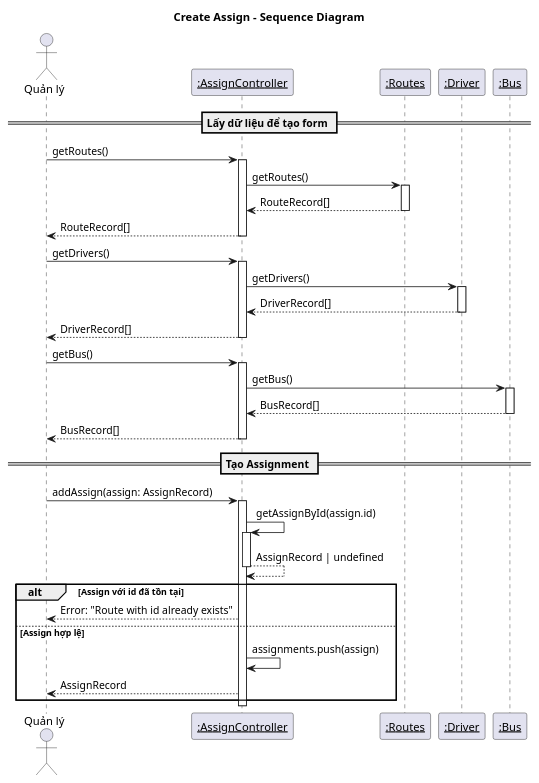
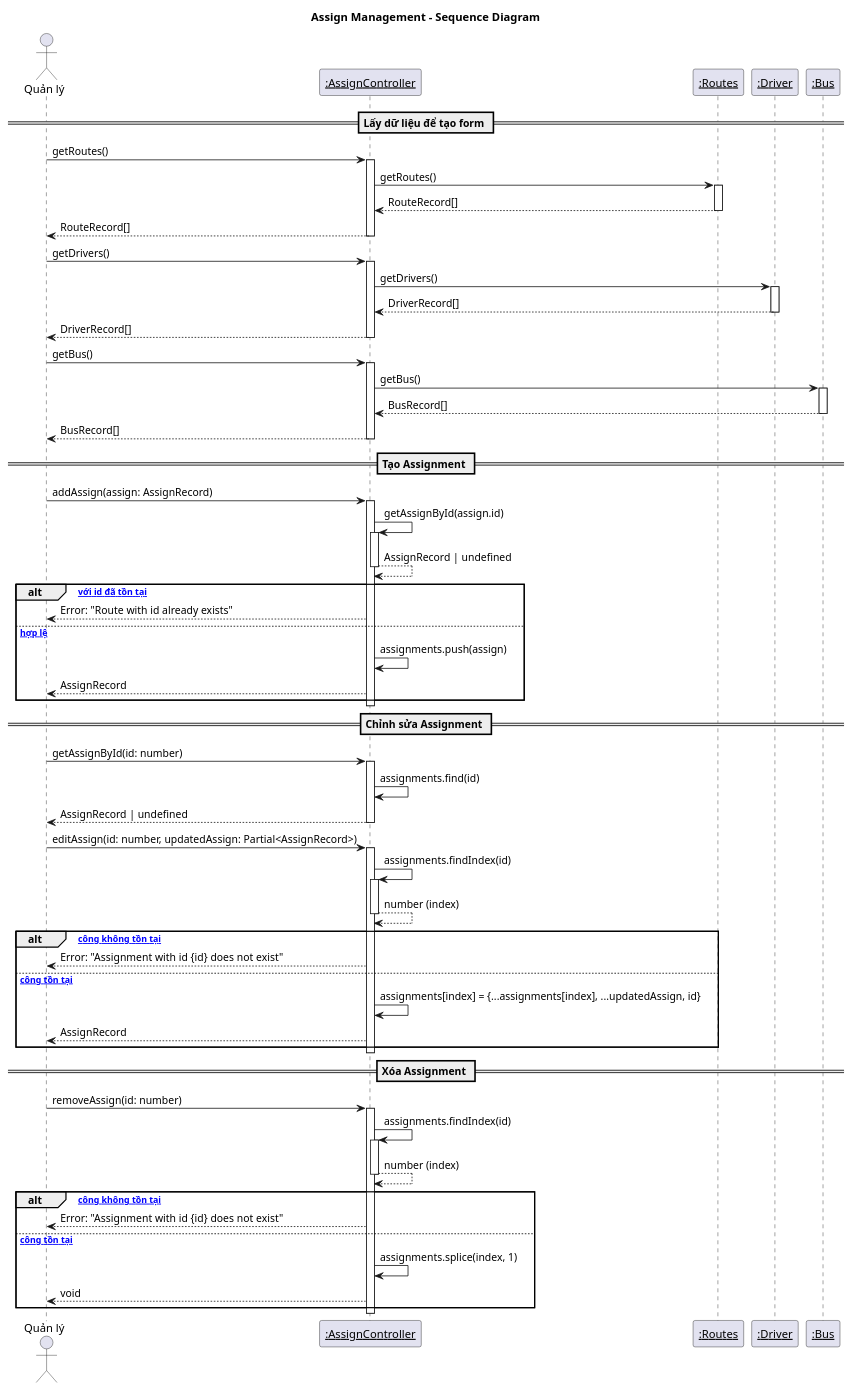
Before and after one commit to Bancie/UltraBus: the diagram in Docs/ModuleDesign/QuanLyPhanCong/Sequence_QuanLyPhanCong.puml, drawn with PlantUML. The commit also changed 10 other files, not shown here.

First line of the commit message:
Refactor assignment management diagrams and structure

```diff
--- a/Docs/ModuleDesign/QuanLyPhanCong/Sequence_QuanLyPhanCong.puml
+++ b/Docs/ModuleDesign/QuanLyPhanCong/Sequence_QuanLyPhanCong.puml
@@ -1,54 +1,92 @@
 @startuml
-title Create Assign - Sequence Diagram
+title Assign Management - Sequence Diagram
 
 actor "Quản lý" as ql
 participant "~~:AssignController~~" as co
 participant "~~:Routes~~" as ro
 participant "~~:Driver~~" as dr
 participant "~~:Bus~~" as bu
 
 == Lấy dữ liệu để tạo form ==
 ql -> co : getRoutes()
 activate co
 co -> ro : getRoutes()
 activate ro
 ro --> co : RouteRecord[]
 deactivate ro
 co --> ql : RouteRecord[]
 deactivate co
 
 ql -> co : getDrivers()
 activate co
 co -> dr : getDrivers()
 activate dr
 dr --> co : DriverRecord[]
 deactivate dr
 co --> ql : DriverRecord[]
 deactivate co
 
 ql -> co : getBus()
 activate co
 co -> bu : getBus()
 activate bu
 bu --> co : BusRecord[]
 deactivate bu
 co --> ql : BusRecord[]
 deactivate co
 
 == Tạo Assignment ==
 ql -> co : addAssign(assign: AssignRecord)
 activate co
 co -> co : getAssignById(assign.id)
 activate co
 co --> co : AssignRecord | undefined
 deactivate co
 
-alt Assign với id đã tồn tại
+alt [Assign với id đã tồn tại]
     co --> ql : Error: "Route with id already exists"
-else Assign hợp lệ
+else [Assign hợp lệ]
     co -> co : assignments.push(assign)
     co --> ql : AssignRecord
 end
 deactivate co
 
+== Chỉnh sửa Assignment ==
+ql -> co : getAssignById(id: number)
+activate co
+co -> co : assignments.find(id)
+co --> ql : AssignRecord | undefined
+deactivate co
+
+ql -> co : editAssign(id: number, updatedAssign: Partial<AssignRecord>)
+activate co
+co -> co : assignments.findIndex(id)
+activate co
+co --> co : number (index)
+deactivate co
+
+alt [Phân công không tồn tại]
+    co --> ql : Error: "Assignment with id {id} does not exist"
+else [Phân công tồn tại]
+    co -> co : assignments[index] = {...assignments[index], ...updatedAssign, id}
+    co --> ql : AssignRecord
+end
+deactivate co
+
+== Xóa Assignment ==
+ql -> co : removeAssign(id: number)
+activate co
+co -> co : assignments.findIndex(id)
+activate co
+co --> co : number (index)
+deactivate co
+
+alt [Phân công không tồn tại]
+    co --> ql : Error: "Assignment with id {id} does not exist"
+else [Phân công tồn tại]
+    co -> co : assignments.splice(index, 1)
+    co --> ql : void
+end
+deactivate co
+
 @enduml
```
